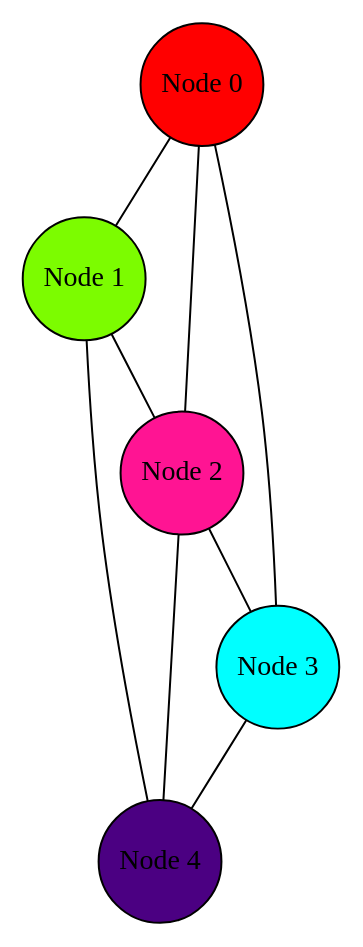
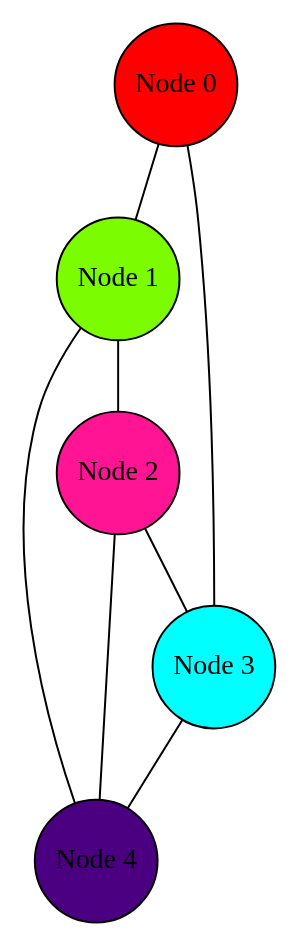
The diagram in graph.gv (AlexanderSenchenko/Graph_coloring), drawn with Graphviz before and after one commit. The commit also changed 3 other files, not shown here.

Commit message:
End create graph

```diff
--- a/graph.gv
+++ b/graph.gv
@@ -1,19 +1,18 @@
 digraph HelloGraph {
 	node [shape="circle", style="filled", margin="0.01"];
 	edge [dir="none"];
 
 	"Node 0" [fillcolor="red"]
 	"Node 1" [fillcolor="lawngreen"]
 	"Node 2" [fillcolor="deeppink"]
 	"Node 3" [fillcolor="cyan"]
 	"Node 4" [fillcolor="indigo"]
 
 	"Node 0" -> "Node 1";
-	"Node 0" -> "Node 2";
 	"Node 0" -> "Node 3";
 	"Node 1" -> "Node 2";
 	"Node 1" -> "Node 4";
 	"Node 2" -> "Node 3";
 	"Node 2" -> "Node 4";
 	"Node 3" -> "Node 4";
 }
```
